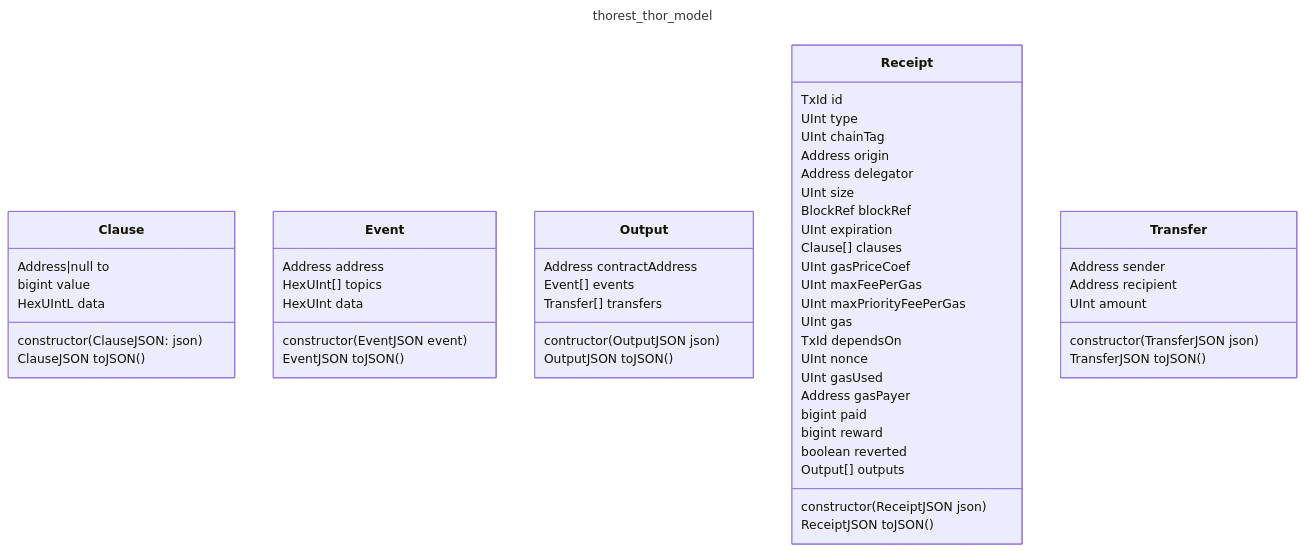
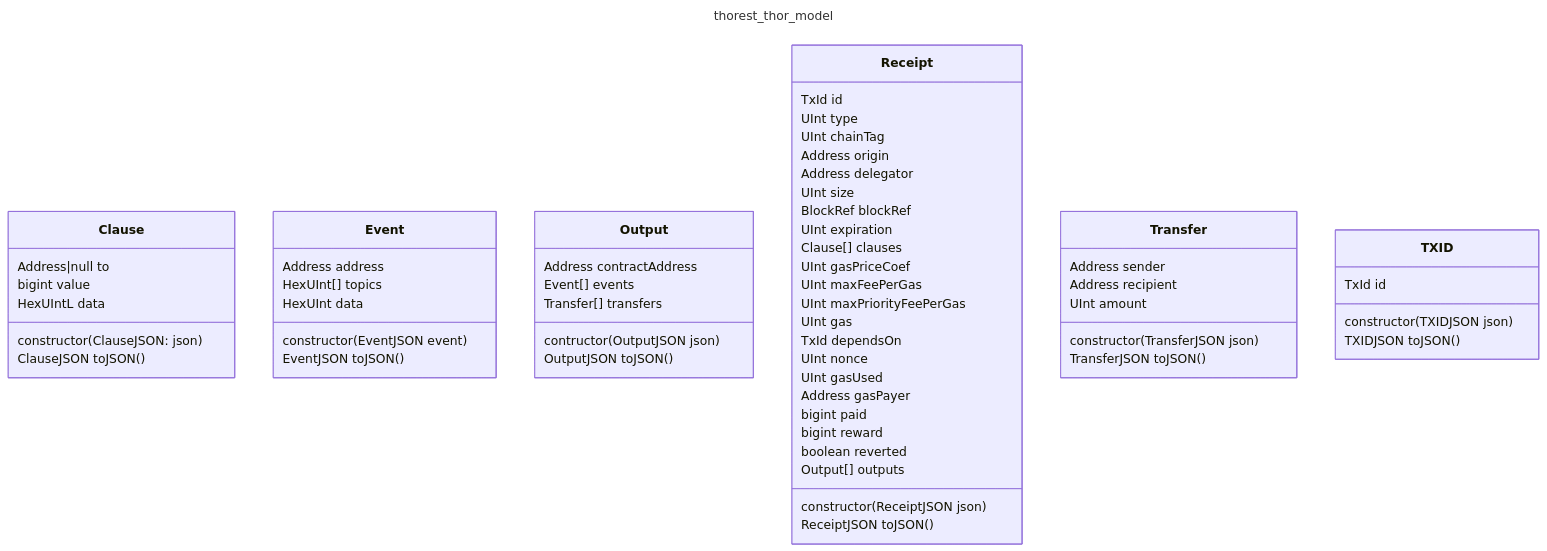
One commit to vechain/vechain-sdk-js changed the diagram in docs/thorest/thor/model/model.mmd. Above: the diagram before and after it, drawn with Mermaid. The commit also changed 7 other files, not shown here.

```diff
--- a/docs/thorest/thor/model/model.mmd
+++ b/docs/thorest/thor/model/model.mmd
@@ -1,57 +1,62 @@
 ---
 title: thorest_thor_model
 ---
 classDiagram
     class Clause {
         Address|null to
         bigint value
         HexUIntL data
         constructor(ClauseJSON: json)
         ClauseJSON toJSON()
     }
     class Event {
         Address address
         HexUInt[] topics
         HexUInt data
         constructor(EventJSON event)
         EventJSON toJSON()
     }
     class Output {
         Address contractAddress
         Event[] events
         Transfer[] transfers
         contructor(OutputJSON json)
         OutputJSON toJSON()
     }
     class Receipt {
         TxId id
         UInt type
         UInt chainTag
         Address origin
         Address delegator
         UInt size
         BlockRef blockRef
         UInt expiration
         Clause[] clauses
         UInt gasPriceCoef
         UInt maxFeePerGas
         UInt maxPriorityFeePerGas
         UInt gas
         TxId dependsOn
         UInt nonce
         UInt gasUsed
         Address gasPayer
         bigint paid
         bigint reward
         boolean reverted
         Output[] outputs
         constructor(ReceiptJSON json)
         ReceiptJSON toJSON()
     }
     class Transfer {
         Address sender
         Address recipient
         UInt amount
         constructor(TransferJSON json)
         TransferJSON toJSON()
     }
+    class TXID {
+        TxId id
+        constructor(TXIDJSON json)
+        TXIDJSON toJSON()
+    }
```
